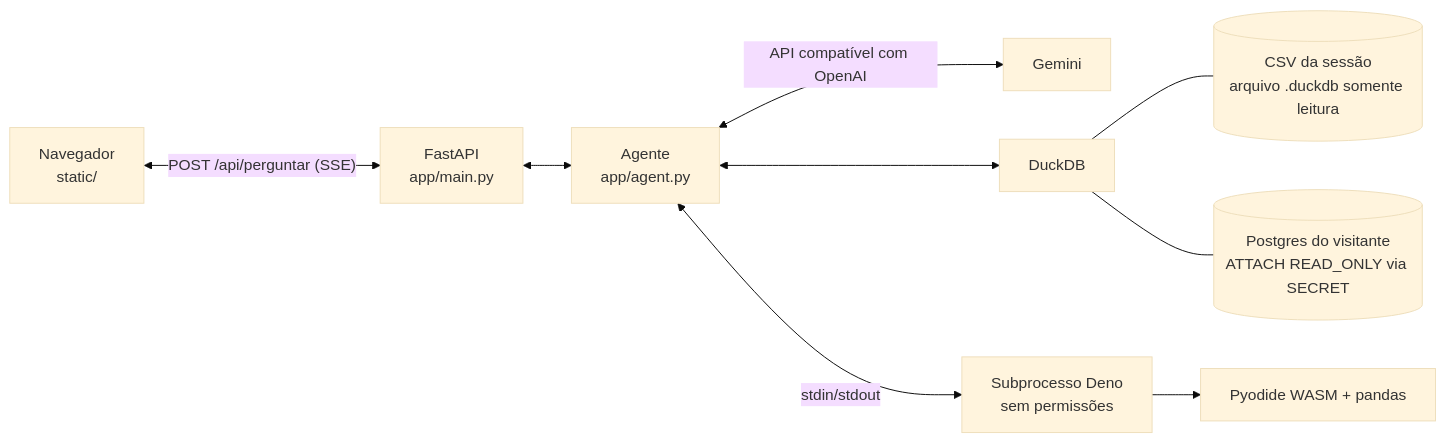
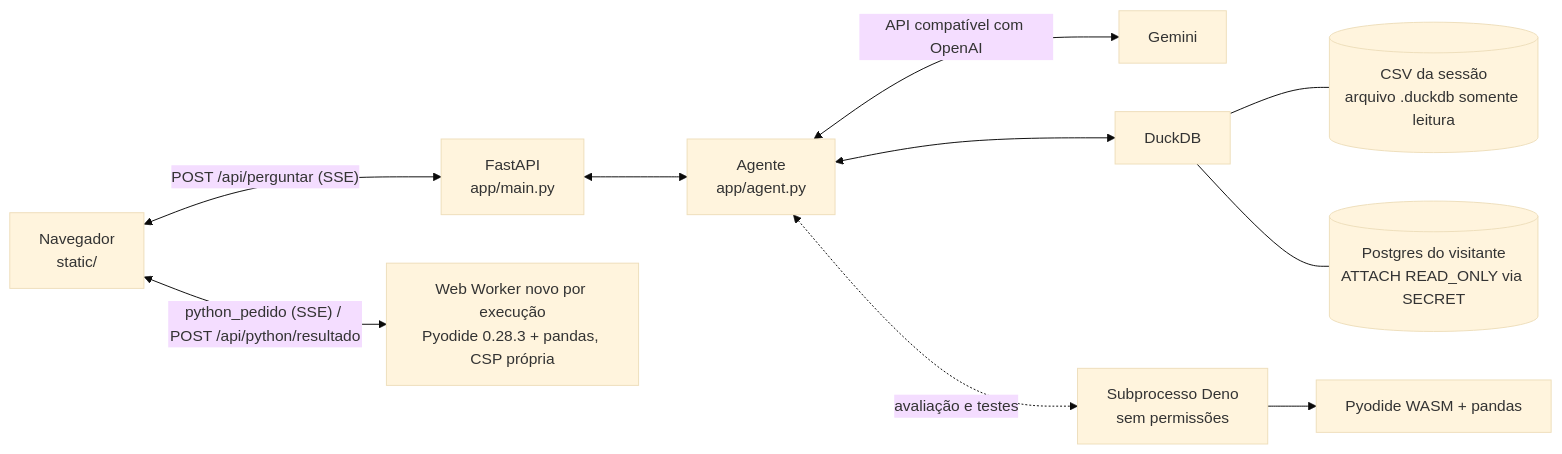
Before and after one commit to danielsouzaa7/analista-dados-ia: the second of 2 diagrams in docs/arquitetura.md, drawn with Mermaid (base theme). The commit also changed other lines of this file and 5 other files, not shown here.

Commit message:
docs: browser Python (slice 10): red team round 5, architecture, ADR 13 prewarm fix, front and README

````diff
--- a/docs/arquitetura.md
+++ b/docs/arquitetura.md
@@ -31,11 +31,12 @@
 ```mermaid
 flowchart LR
     N[Navegador<br/>static/] <-- "POST /api/perguntar (SSE)" --> F[FastAPI<br/>app/main.py]
     F <--> A[Agente<br/>app/agent.py]
     A <-- "API compatível com OpenAI" --> G[Gemini]
     A <--> D[DuckDB]
     D --- CSV[(CSV da sessão<br/>arquivo .duckdb somente leitura)]
     D --- PG[(Postgres do visitante<br/>ATTACH READ_ONLY via SECRET)]
-    A <-- "stdin/stdout" --> S[Subprocesso Deno<br/>sem permissões]
-    S --> W[Pyodide WASM + pandas]
+    N <-- "python_pedido (SSE) / POST /api/python/resultado" --> W[Web Worker novo por execução<br/>Pyodide 0.28.3 + pandas, CSP própria]
+    A <-. "avaliação e testes" .-> S[Subprocesso Deno<br/>sem permissões]
+    S --> P[Pyodide WASM + pandas]
 ```
````
